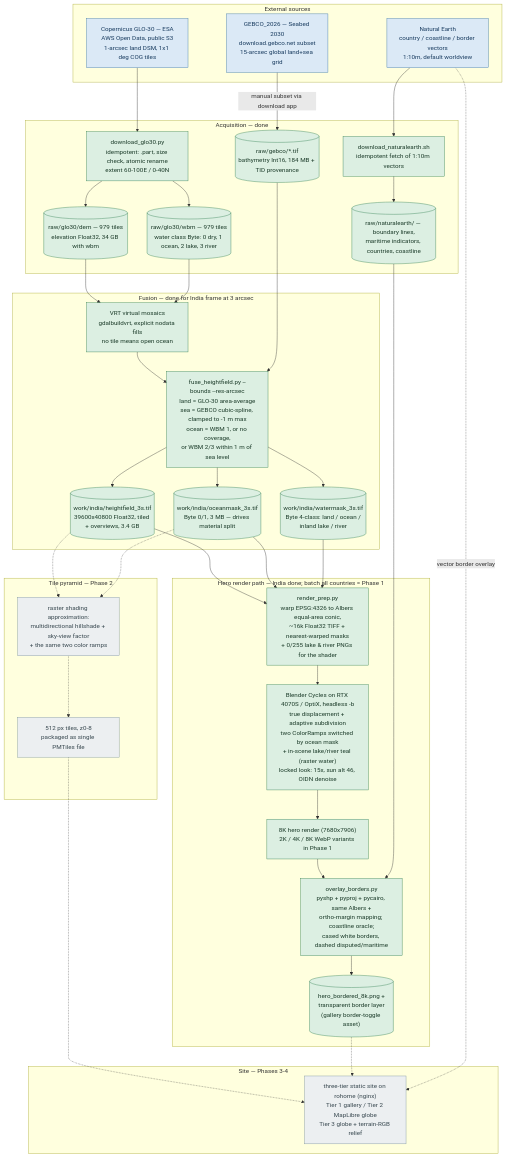
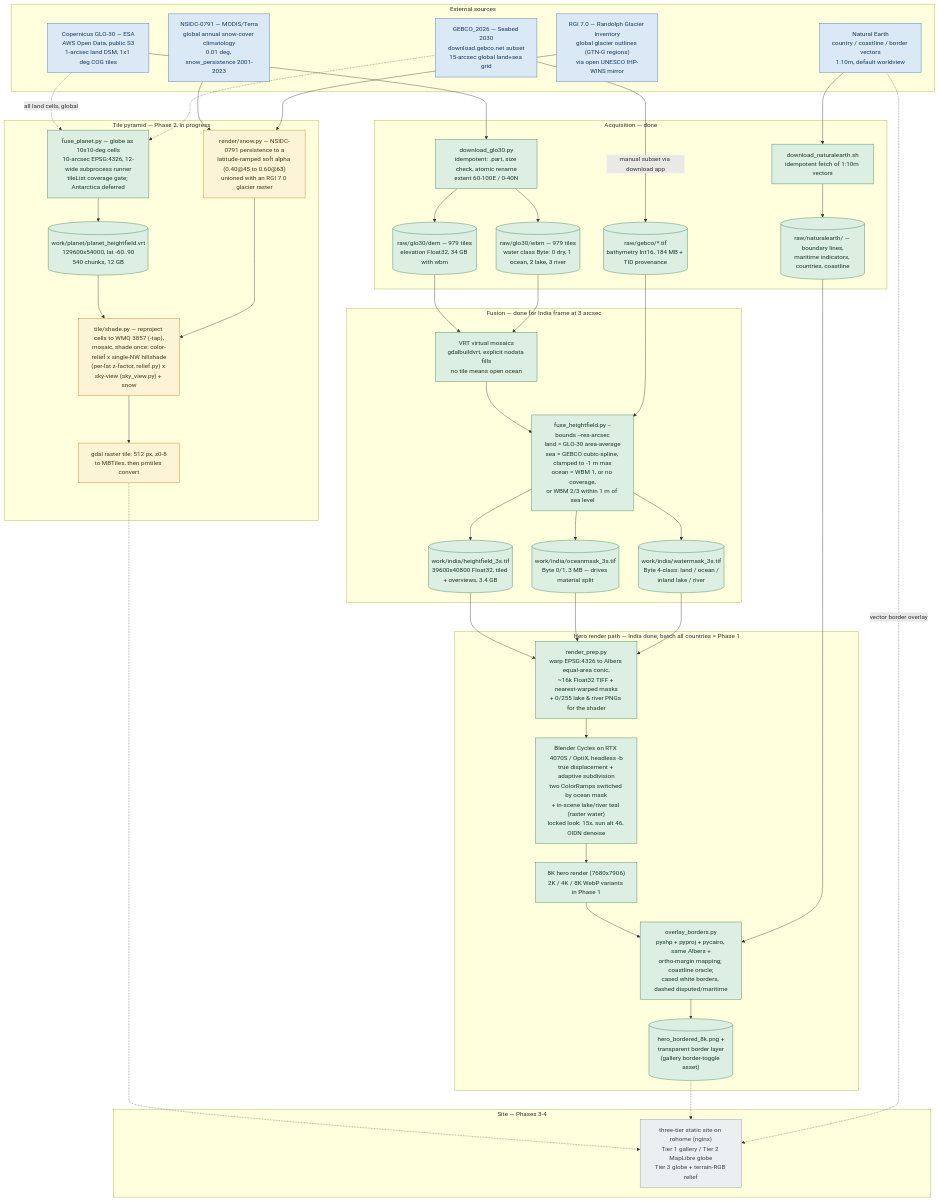
Before and after one commit to Alchez/terrella: the diagram in docs/pipeline-detail.mmd, drawn with Mermaid. The commit also changed 16 other files, not shown here.

```diff
--- a/docs/pipeline-detail.mmd
+++ b/docs/pipeline-detail.mmd
@@ -1,86 +1,98 @@
 %% Low-level companion to pipeline-overview.mmd — same structure, full technical
 %% labels. Update both when the pipeline changes.
 
 flowchart TD
 
   subgraph SRC["External sources"]
     S1["Copernicus GLO-30 — ESA<br/>AWS Open Data, public S3<br/>1-arcsec land DSM, 1x1 deg COG tiles"]
     S2["GEBCO_2026 — Seabed 2030<br/>download.gebco.net subset<br/>15-arcsec global land+sea grid"]
     S3["Natural Earth<br/>country / coastline / border vectors<br/>1:10m, default worldview"]
+    S4["NSIDC-0791 — MODIS/Terra<br/>global annual snow-cover climatology<br/>0.01 deg, snow_persistence 2001-2023"]
+    S5["RGI 7.0 — Randolph Glacier Inventory<br/>global glacier outlines (GTN-G regions)<br/>via open UNESCO IHP-WINS mirror"]
   end
 
   subgraph ACQ["Acquisition — done"]
     D1["download_glo30.py<br/>idempotent: .part, size check, atomic rename<br/>extent 60-100E / 0-40N"]
     R1[("raw/glo30/dem — 979 tiles<br/>elevation Float32, 34 GB with wbm")]
     R2[("raw/glo30/wbm — 979 tiles<br/>water class Byte: 0 dry, 1 ocean, 2 lake, 3 river")]
     R3[("raw/gebco/*.tif<br/>bathymetry Int16, 184 MB + TID provenance")]
     D2["download_naturalearth.sh<br/>idempotent fetch of 1:10m vectors"]
     R4[("raw/naturalearth/ — boundary lines,<br/>maritime indicators, countries, coastline")]
   end
 
   S1 --> D1
   D1 --> R1
   D1 --> R2
   S2 -->|manual subset via download app| R3
   S3 --> D2
   D2 --> R4
 
   subgraph FUSE["Fusion — done for India frame at 3 arcsec"]
     V["VRT virtual mosaics<br/>gdalbuildvrt, explicit nodata fills<br/>no tile means open ocean"]
     F["fuse_heightfield.py --bounds --res-arcsec<br/>land = GLO-30 area-average<br/>sea = GEBCO cubic-spline, clamped to -1 m max<br/>ocean = WBM 1, or no coverage,<br/>or WBM 2/3 within 1 m of sea level"]
     O1[("work/india/heightfield_3s.tif<br/>39600x40800 Float32, tiled + overviews, 3.4 GB")]
     O2[("work/india/oceanmask_3s.tif<br/>Byte 0/1, 3 MB — drives material split")]
     O3[("work/india/watermask_3s.tif<br/>Byte 4-class: land / ocean /<br/>inland lake / river")]
   end
 
   R1 --> V
   R2 --> V
   V --> F
   R3 --> F
   F --> O1
   F --> O2
   F --> O3
 
   subgraph HERO["Hero render path — India done; batch all countries = Phase 1"]
     P["render_prep.py<br/>warp EPSG:4326 to Albers equal-area conic,<br/>~16k Float32 TIFF + nearest-warped masks<br/>+ 0/255 lake & river PNGs for the shader"]
     B["Blender Cycles on RTX 4070S / OptiX, headless -b<br/>true displacement + adaptive subdivision<br/>two ColorRamps switched by ocean mask<br/>+ in-scene lake/river teal (raster water)<br/>locked look: 15x, sun alt 46, OIDN denoise"]
     H8["8K hero render (7680x7906)<br/>2K / 4K / 8K WebP variants in Phase 1"]
     OV["overlay_borders.py<br/>pyshp + pyproj + pycairo, same Albers +<br/>ortho-margin mapping; coastline oracle;<br/>cased white borders, dashed disputed/maritime"]
     HF[("hero_bordered_8k.png +<br/>transparent border layer<br/>(gallery border-toggle asset)")]
   end
 
   O1 --> P
   O2 --> P
   O3 --> P
   P --> B
   B --> H8
   H8 --> OV
   R4 --> OV
   OV --> HF
 
-  subgraph TILES["Tile pyramid — Phase 2"]
-    T1["raster shading approximation:<br/>multidirectional hillshade + sky-view factor<br/>+ the same two color ramps"]
-    T2["512 px tiles, z0-8<br/>packaged as single PMTiles file"]
+  subgraph TILES["Tile pyramid — Phase 2, in progress"]
+    PF["fuse_planet.py — globe as 10x10-deg cells<br/>10-arcsec EPSG:4326, 12-wide subprocess runner<br/>tileList coverage gate; Antarctica deferred"]
+    PH[("work/planet/planet_heightfield.vrt<br/>129600x54000, lat -60..90<br/>540 chunks, 12 GB")]
+    SN["render/snow.py — NSIDC-0791 persistence to a<br/>latitude-ramped soft alpha (0.40@45 to 0.60@63)<br/>unioned with an RGI 7.0 glacier raster"]
+    SH["tile/shade.py — reproject cells to WMQ 3857 (-tap),<br/>mosaic, shade once: color-relief x single-NW hillshade<br/>(per-lat z-factor, relief.py) x sky-view (sky_view.py) + snow"]
+    T2["gdal raster tile: 512 px, z0-8<br/>to MBTiles, then pmtiles convert"]
   end
 
-  O1 -.-> T1
-  O2 -.-> T1
-  T1 -.-> T2
+  S1 -.->|all land cells, global| PF
+  S2 -.-> PF
+  PF --> PH
+  PH --> SH
+  S4 --> SN
+  S5 --> SN
+  SN --> SH
+  SH --> T2
 
   subgraph SITE["Site — Phases 3-4"]
     W["three-tier static site on rohome (nginx)<br/>Tier 1 gallery / Tier 2 MapLibre globe<br/>Tier 3 globe + terrain-RGB relief"]
   end
 
   T2 -.-> W
   HF -.-> W
   S3 -.->|vector border overlay| W
 
   classDef ext fill:#dbe9f6,stroke:#3572a5,color:#173a5e
   classDef done fill:#dcefe2,stroke:#2e7d4f,color:#1a3a28
   classDef next fill:#fdf3d7,stroke:#b8860b,color:#4a3a10
   classDef plan fill:#eceff1,stroke:#78909c,color:#37474f
 
-  class S1,S2,S3 ext
+  class S1,S2,S3,S4,S5 ext
   class D1,R1,R2,R3,D2,R4,V,F,O1,O2,O3 done
   class P,B,H8,OV,HF done
-  class T1,T2,W plan
+  class PF,PH done
+  class SN,SH,T2 next
+  class W plan
```
